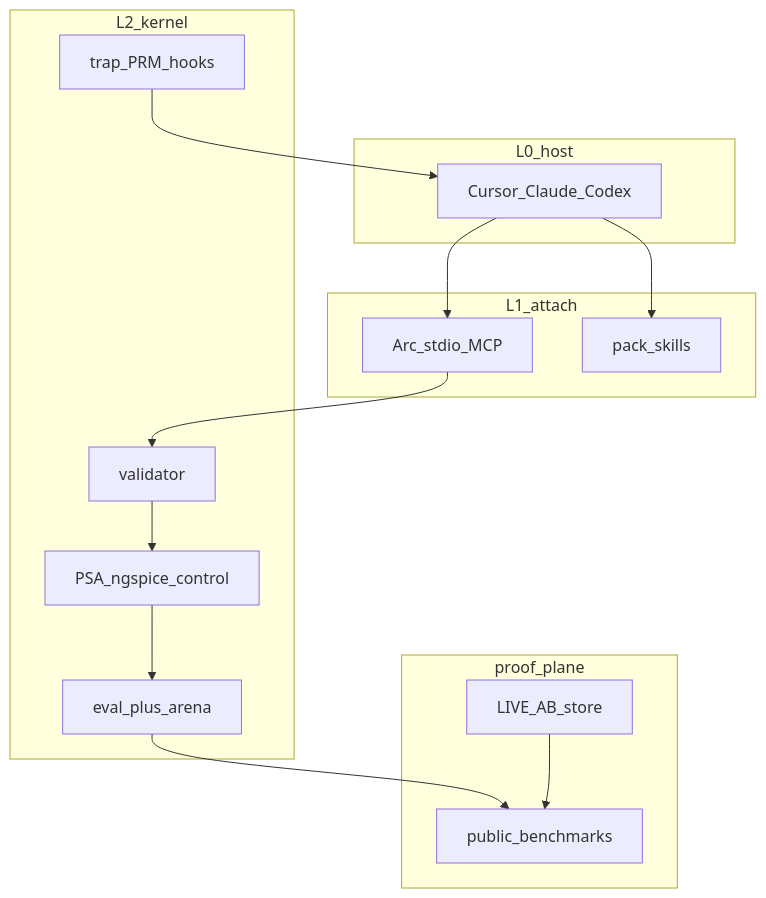
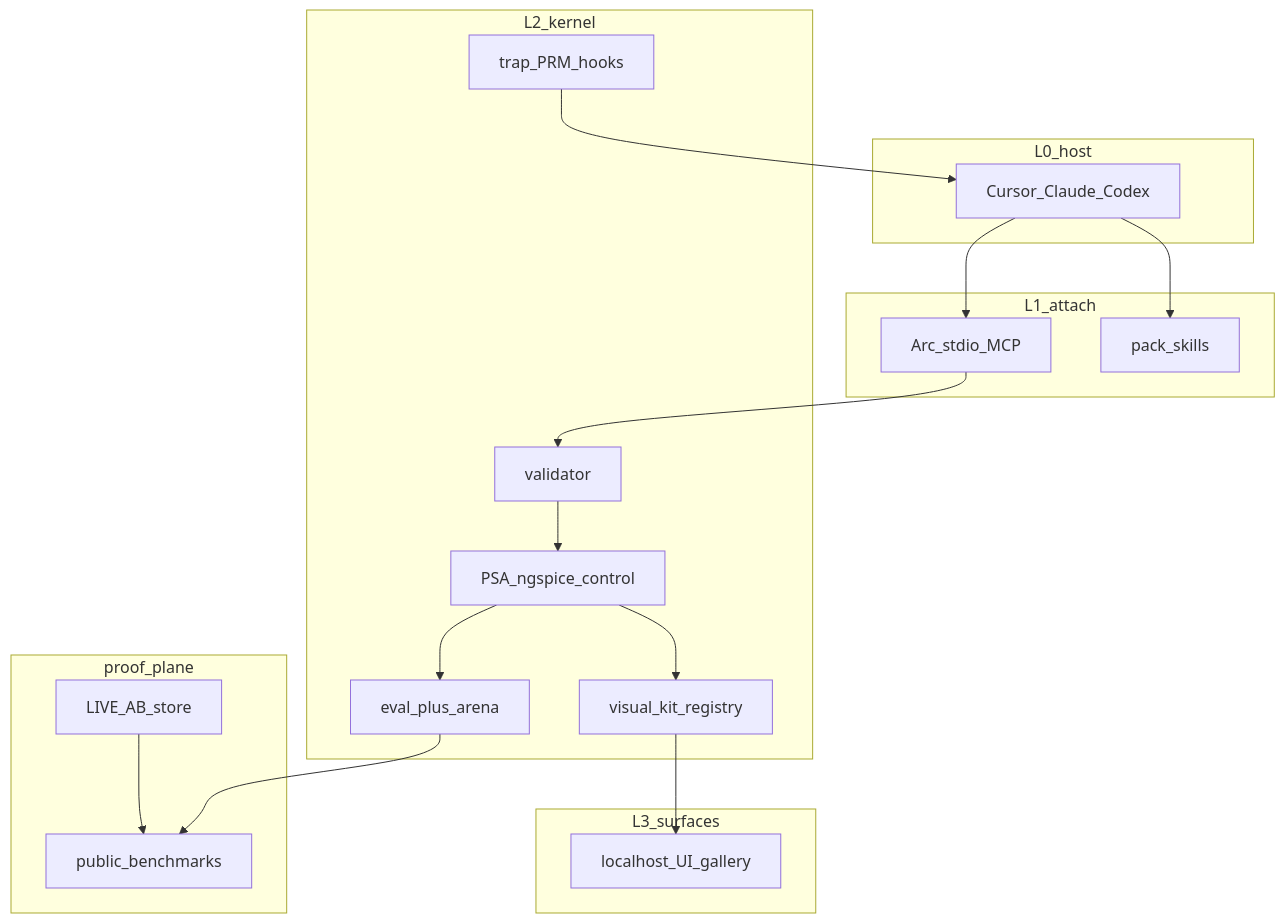
Before and after one commit to Vinayak-RZ/ARC: the first of 2 diagrams in docs/planning/frontier-2026-11/PLAN.md, drawn with Mermaid. The commit also changed other lines of this file and 9 other files, not shown here.

First line of the commit message:
docs(frontier): Gate 0 locked + Arc Visual Kit (B11)

````diff
--- a/docs/planning/frontier-2026-11/PLAN.md
+++ b/docs/planning/frontier-2026-11/PLAN.md
@@ -103,28 +105,34 @@
 ```mermaid
 flowchart TB
   subgraph host [L0_host]
     H[Cursor_Claude_Codex]
   end
   subgraph attach [L1_attach]
     MCP[Arc_stdio_MCP]
     SK[pack_skills]
   end
   subgraph kernel [L2_kernel]
     VAL[validator]
     ENG[PSA_ngspice_control]
     TRP[trap_PRM_hooks]
     EVAL[eval_plus_arena]
+    VIS[visual_kit_registry]
+  end
+  subgraph surfaces [L3_surfaces]
+    UI[localhost_UI_gallery]
   end
   subgraph proof [proof_plane]
     BENCH[public_benchmarks]
     AB[LIVE_AB_store]
   end
   H --> MCP
   H --> SK
   MCP --> VAL
   VAL --> ENG
   ENG --> EVAL
+  ENG --> VIS
+  VIS --> UI
   TRP --> H
   EVAL --> BENCH
   AB --> BENCH
 ```
````
